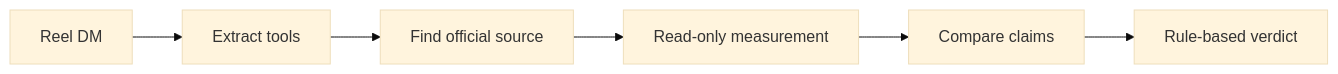
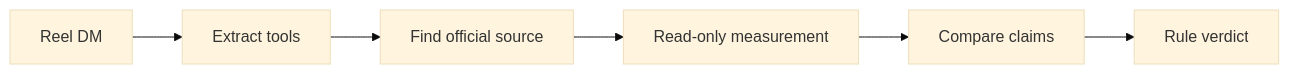
One commit to KimHands/KimHands changed the diagram in README.en.md. Above: the diagram before and after it, drawn with Mermaid (base theme). The commit also changed other lines of this file and 1 other file, not shown here.

Commit message:
docs: 프로필의 sch-meet 링크와 흐름도 라벨 수정

````diff
--- a/README.en.md
+++ b/README.en.md
@@ -40,8 +40,8 @@
 ```mermaid
 flowchart LR
     A[Reel DM] --> B[Extract tools]
     B --> C[Find official source]
     C --> D[Read-only measurement]
     D --> E[Compare claims]
-    E --> F[Rule-based verdict]
+    E --> F[Rule verdict]
 ```
````
